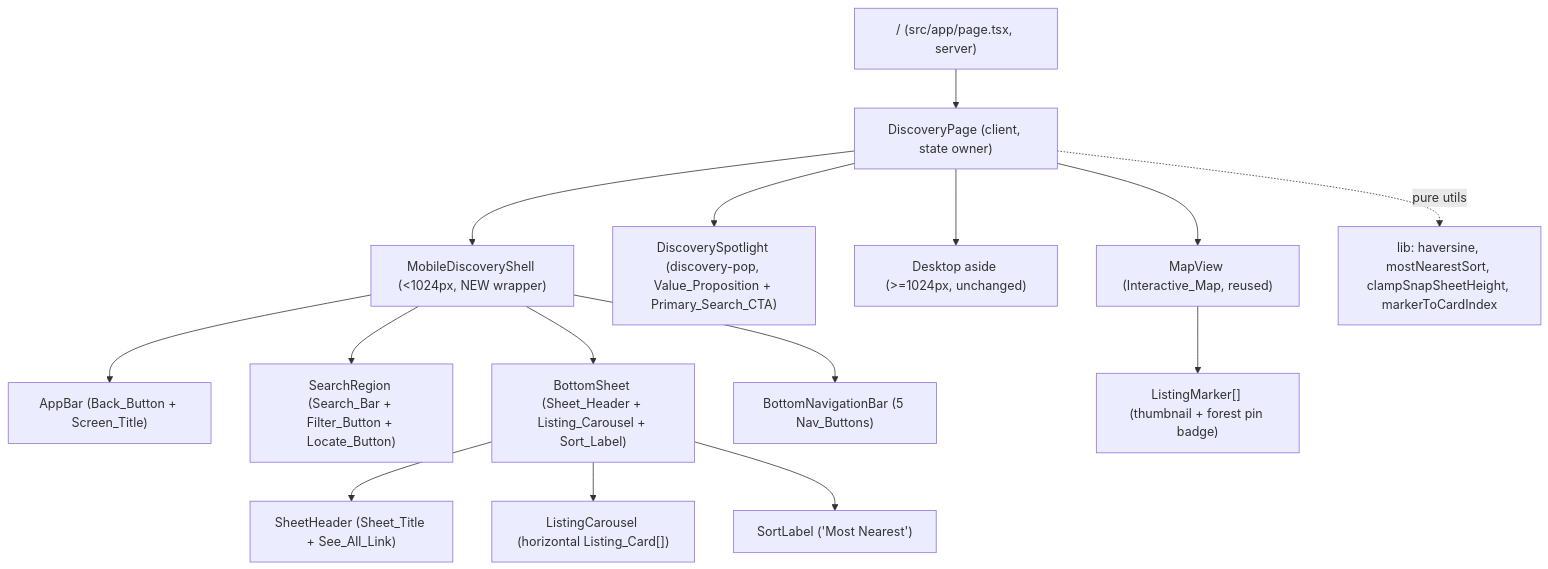
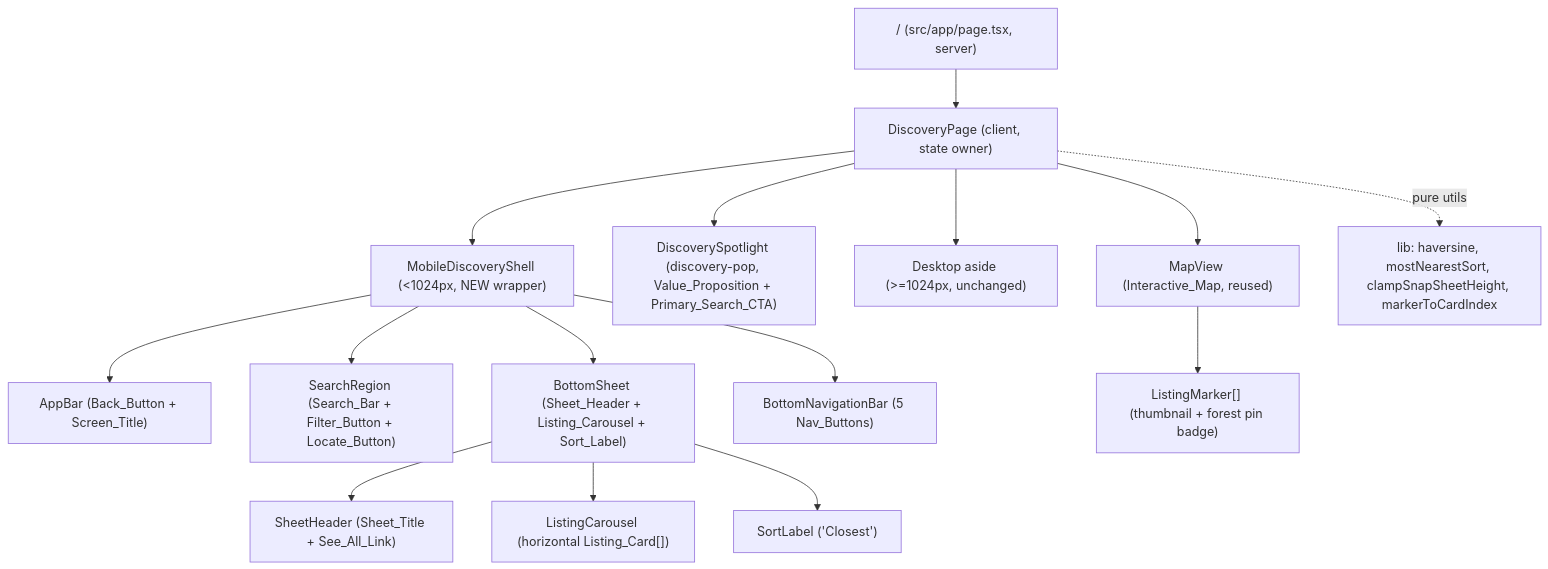
Before and after one commit to BBAltraSonic/RoomZA: the first of 4 diagrams in .kiro/specs/mobile-map-discovery/design.md, drawn with Mermaid. The commit also changed other lines of this file and 7 other files, not shown here.

````diff
--- a/.kiro/specs/mobile-map-discovery/design.md
+++ b/.kiro/specs/mobile-map-discovery/design.md
@@ -34,20 +34,20 @@
 ```mermaid
 graph TD
     Root["/ (src/app/page.tsx, server)"] --> DP["DiscoveryPage (client, state owner)"]
     DP --> MV["MapView (Interactive_Map, reused)"]
     DP --> Spotlight["DiscoverySpotlight (discovery-pop, Value_Proposition + Primary_Search_CTA)"]
     DP --> Desktop["Desktop aside (>=1024px, unchanged)"]
     DP --> MShell["MobileDiscoveryShell (<1024px, NEW wrapper)"]
 
     MShell --> AppBar["AppBar (Back_Button + Screen_Title)"]
     MShell --> SearchRegion["SearchRegion (Search_Bar + Filter_Button + Locate_Button)"]
     MShell --> BottomSheet["BottomSheet (Sheet_Header + Listing_Carousel + Sort_Label)"]
     MShell --> BottomNav["BottomNavigationBar (5 Nav_Buttons)"]
 
     MV --> Markers["ListingMarker[] (thumbnail + forest pin badge)"]
     BottomSheet --> Header["SheetHeader (Sheet_Title + See_All_Link)"]
     BottomSheet --> Carousel["ListingCarousel (horizontal Listing_Card[])"]
-    BottomSheet --> Sort["SortLabel ('Most Nearest')"]
+    BottomSheet --> Sort["SortLabel ('Closest')"]
 
     DP -. "pure utils" .-> Utils["lib: haversine, mostNearestSort, clampSnapSheetHeight, markerToCardIndex"]
 ```
````
